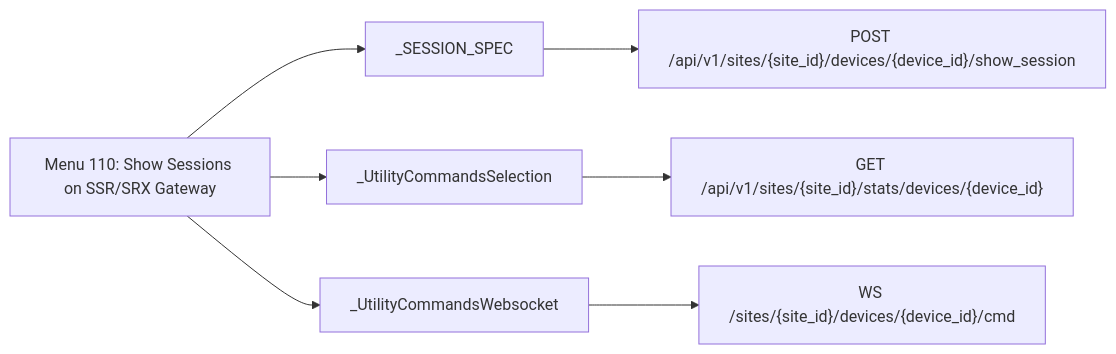
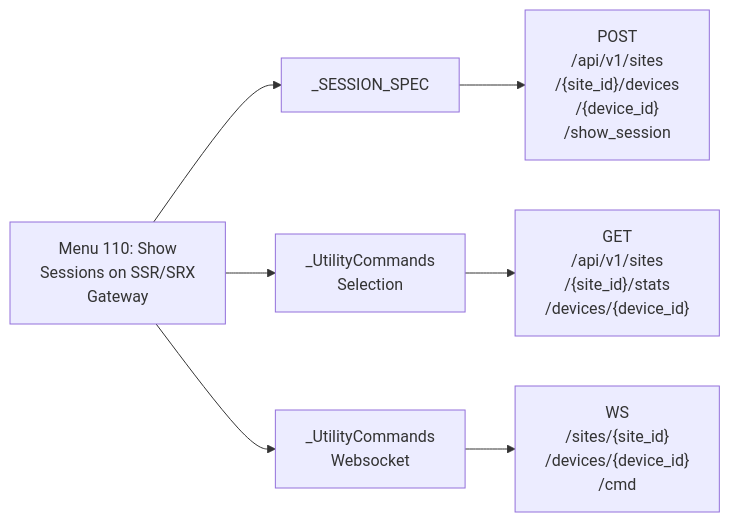
One commit to jmorrison-juniper/MistHelper changed the tenth of 23 diagrams in documentation/menu-api/websocket.md. Above: the diagram before and after it, drawn with Mermaid. The commit also changed other lines of this file and 19 other files, not shown here.

First line of the commit message:
docs(menu-api): fit the Mermaid diagrams to the wiki column

````diff
--- a/documentation/menu-api/websocket.md
+++ b/documentation/menu-api/websocket.md
@@ -321,10 +229,10 @@
 ```mermaid
 flowchart LR
-    menu["Menu 110: Show Sessions on SSR/SRX Gateway"]
+    menu["Menu 110: Show<br/>Sessions on SSR/SRX<br/>Gateway"]
     menu --> c1["_SESSION_SPEC"]
-    c1 --> e1["POST /api/v1/sites/{site_id}/devices/{device_id}/show_session"]
-    menu --> c2["_UtilityCommandsSelection"]
-    c2 --> e2["GET /api/v1/sites/{site_id}/stats/devices/{device_id}"]
-    menu --> c3["_UtilityCommandsWebsocket"]
-    c3 --> e3["WS /sites/{site_id}/devices/{device_id}/cmd"]
+    c1 --> e1["POST<br/>/api/v1/sites<br/>/{site_id}/devices<br/>/{device_id}<br/>/show_session"]
+    menu --> c2["_UtilityCommands<br/>Selection"]
+    c2 --> e2["GET<br/>/api/v1/sites<br/>/{site_id}/stats<br/>/devices/{device_id}"]
+    menu --> c3["_UtilityCommands<br/>Websocket"]
+    c3 --> e3["WS<br/>/sites/{site_id}<br/>/devices/{device_id}<br/>/cmd"]
 ```
````
